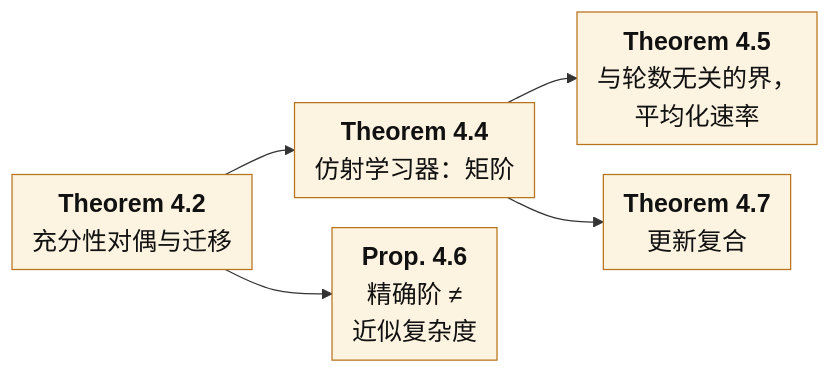
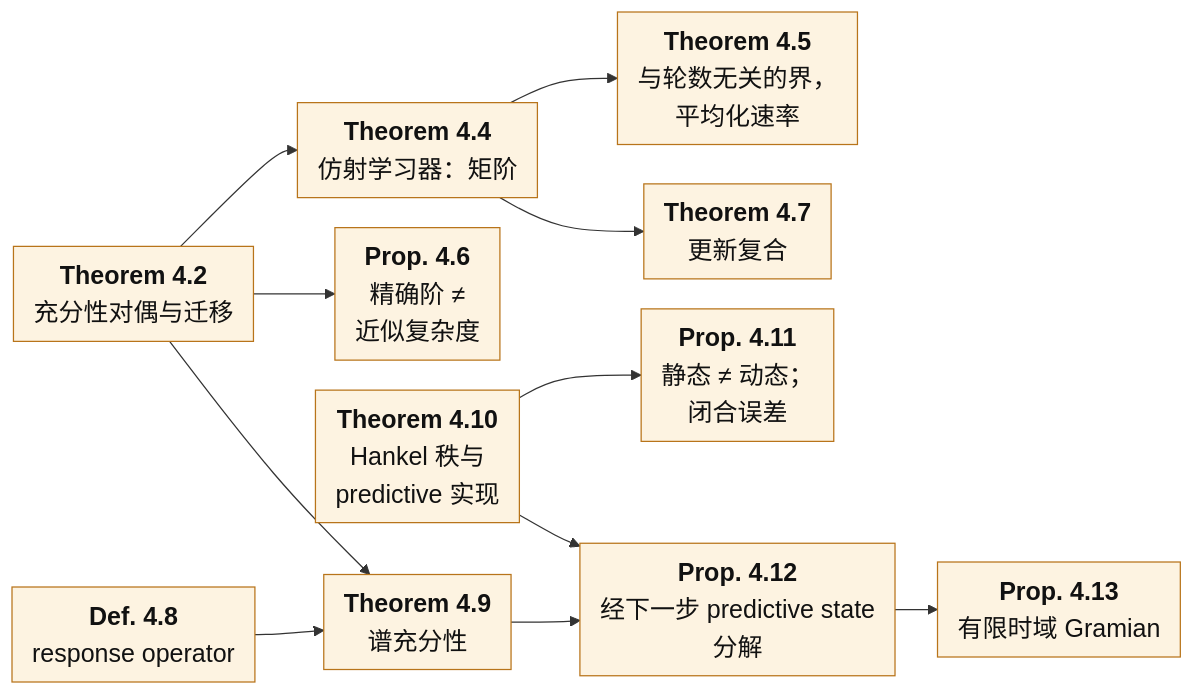
One commit to XueqiC/ICML27_agent_distillation changed the fourth of 9 diagrams in theoretical_framework/README_ZH.md. Above: the diagram before and after it, drawn with Mermaid. The commit also changed other lines of this file and 222 other files, not shown here.

First line of the commit message:
Framework v0.17: continued-training sufficiency with the response operator as the unifying object

````diff
--- a/theoretical_framework/README_ZH.md
+++ b/theoretical_framework/README_ZH.md
@@ -347,14 +373,26 @@
 ```mermaid
 %%{init: {"themeVariables": {"fontSize": "20px"}, "flowchart": {"nodeSpacing": 24, "rankSpacing": 34, "padding": 8, "wrappingWidth": 260}}}%%
 flowchart LR
   T2["<b>Theorem 4.2</b><br/>充分性对偶与迁移"]:::b3
   T4["<b>Theorem 4.4</b><br/>仿射学习器：矩阶"]:::b3
   T5["<b>Theorem 4.5</b><br/>与轮数无关的界，<br/>平均化速率"]:::b3
   P6["<b>Prop. 4.6</b><br/>精确阶 ≠<br/>近似复杂度"]:::b3
   T7["<b>Theorem 4.7</b><br/>更新复合"]:::b3
+  D8["<b>Def. 4.8</b><br/>response operator"]:::b3
+  T9["<b>Theorem 4.9</b><br/>谱充分性"]:::b3
+  T10["<b>Theorem 4.10</b><br/>Hankel 秩与<br/>predictive 实现"]:::b3
+  P11["<b>Prop. 4.11</b><br/>静态 ≠ 动态；<br/>闭合误差"]:::b3
+  P12["<b>Prop. 4.12</b><br/>经下一步 predictive state<br/>分解"]:::b3
+  P13["<b>Prop. 4.13</b><br/>有限时域 Gramian"]:::b3
   T2 --> T4
   T4 --> T5
   T2 --> P6
   T4 --> T7
+  T2 --> T9
+  D8 --> T9
+  T10 --> P11
+  T10 --> P12
+  T9 --> P12
+  P12 --> P13
   classDef b3 fill:#fdf3e1,stroke:#b8741a,color:#111
 ```
````
